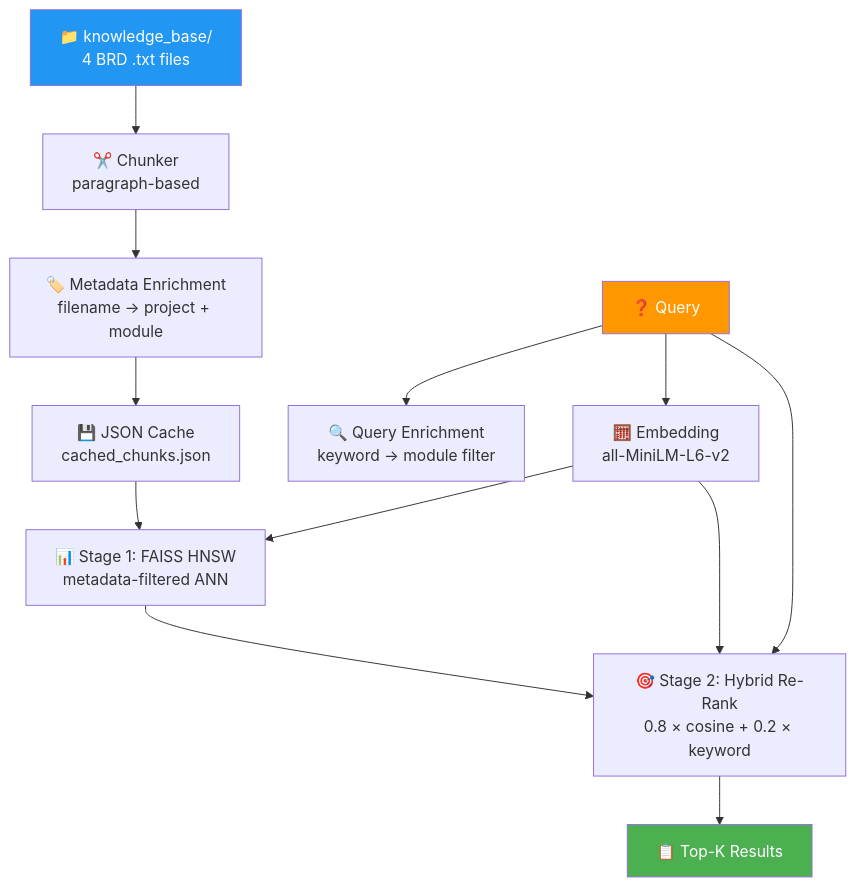
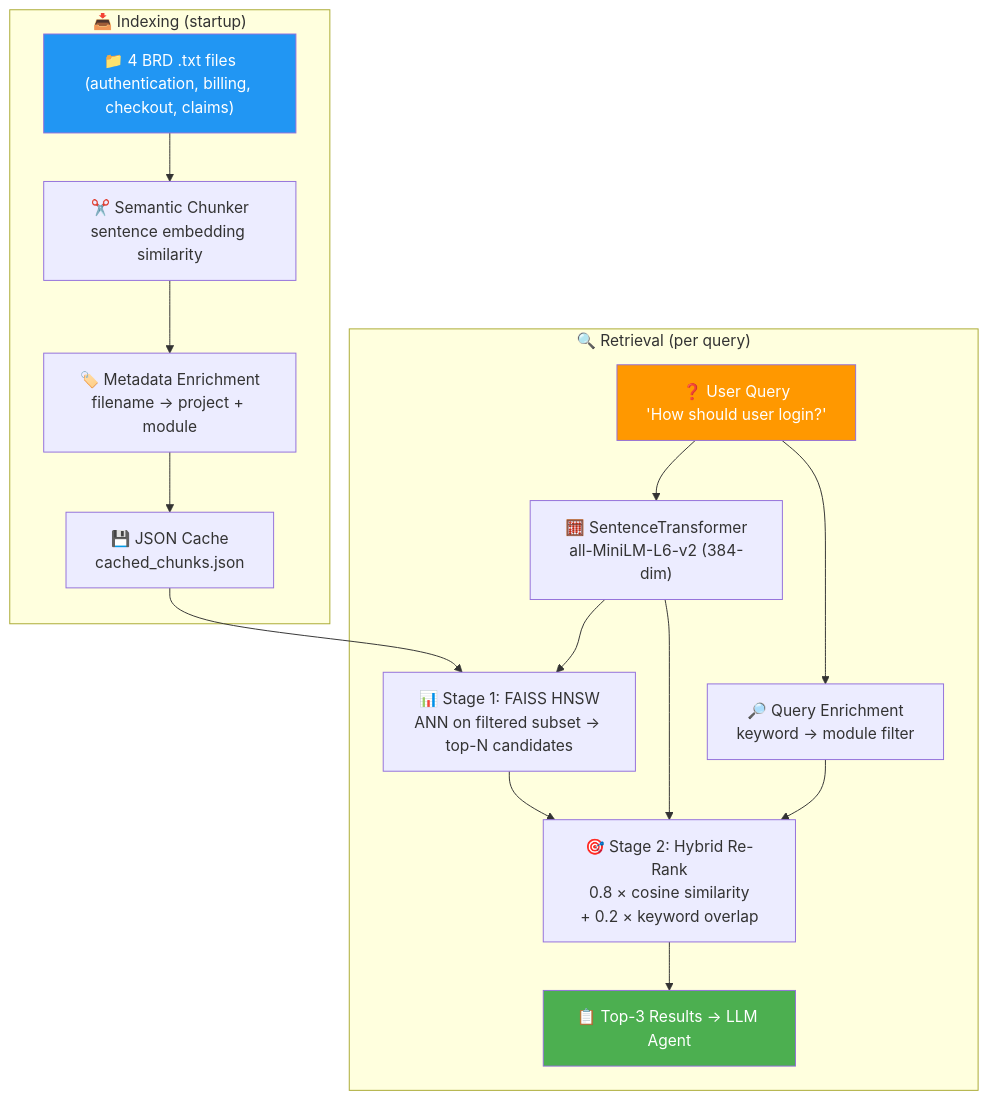
Before and after one commit to robocop24/ba-copilot: the diagram in BA_MCP_Server/README.md, drawn with Mermaid. The commit also changed other lines of this file and 8 other files, not shown here.

Commit message:
feat: semantic RAG pipeline with FAISS + hybrid re-rank in MCP server

````diff
--- a/BA_MCP_Server/README.md
+++ b/BA_MCP_Server/README.md
@@ -11,22 +11,26 @@
 ```mermaid
 flowchart TD
-    A["📁 knowledge_base/\n4 BRD .txt files"] --> B["✂️ Chunker\nparagraph-based"]
-    B --> C["🏷️ Metadata Enrichment\nfilename → project + module"]
-    C --> D["💾 JSON Cache\ncached_chunks.json"]
+    subgraph Indexing["📥 Indexing (startup)"]
+        A["📁 4 BRD .txt files\n(authentication, billing, checkout, claims)"] --> B["✂️ Semantic Chunker\nsentence embedding similarity"]
+        B --> C["🏷️ Metadata Enrichment\nfilename → project + module"]
+        C --> D["💾 JSON Cache\ncached_chunks.json"]
+    end
 
-    E["❓ Query"] --> F["🔍 Query Enrichment\nkeyword → module filter"]
-    E --> G["🧮 Embedding\nall-MiniLM-L6-v2"]
+    subgraph Retrieval["🔍 Retrieval (per query)"]
+        E["❓ User Query\n'How should user login?'"] --> F["🔎 Query Enrichment\nkeyword → module filter"]
+        E --> G["🧮 SentenceTransformer\nall-MiniLM-L6-v2 (384-dim)"]
 
-    D --> H["📊 Stage 1: FAISS HNSW\nmetadata-filtered ANN"]
-    G --> H
+        D --> H["📊 Stage 1: FAISS HNSW\nANN on filtered subset → top-N candidates"]
+        G --> H
 
-    H --> I["🎯 Stage 2: Hybrid Re-Rank\n0.8 × cosine + 0.2 × keyword"]
-    G --> I
-    E --> I
+        H --> I["🎯 Stage 2: Hybrid Re-Rank\n0.8 × cosine similarity\n+ 0.2 × keyword overlap"]
+        G --> I
+        F --> I
 
-    I --> J["📋 Top-K Results"]
+        I --> J["📋 Top-3 Results → LLM Agent"]
+    end
 
     style J fill:#4CAF50,color:#fff
     style A fill:#2196F3,color:#fff
     style E fill:#FF9800,color:#fff
 ```
````
